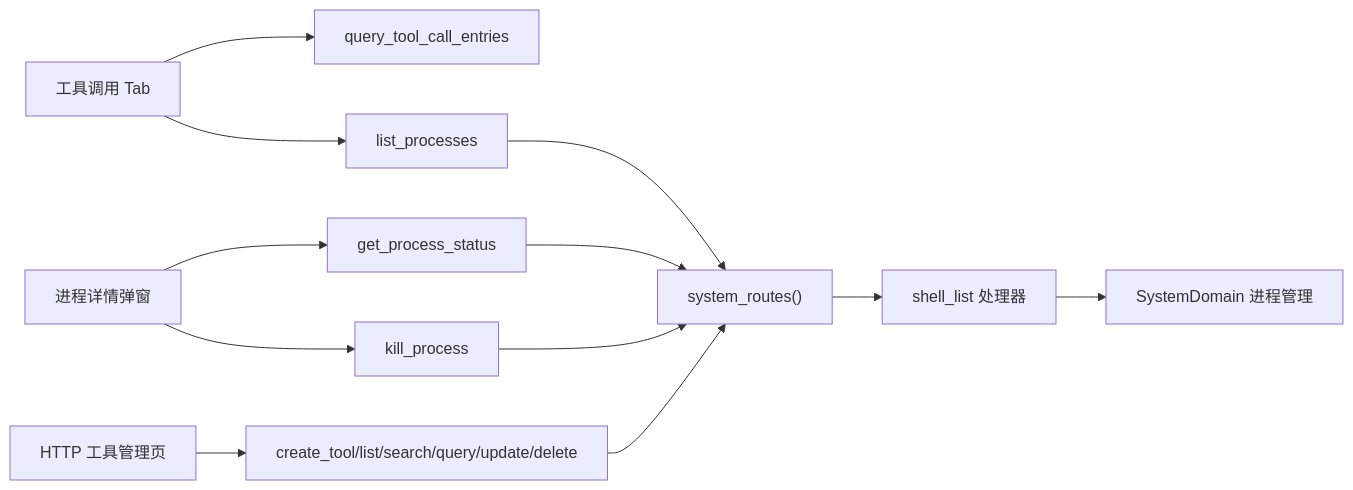
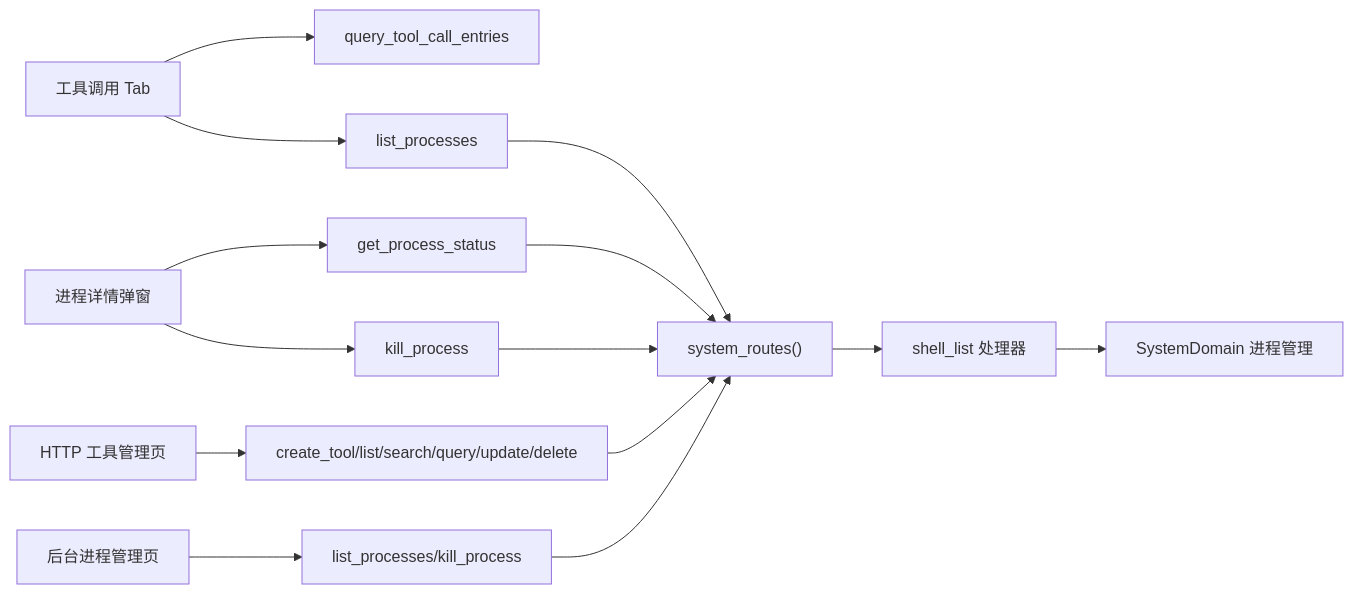
The eighth of 8 diagrams in .qoder/repowiki/zh/content/前端应用/页面模块/消息与工作区页面/聊天侧面板/工具调用标签页.md (runningcoders/ai_orz), drawn with Mermaid before and after one commit. The commit also changed other lines of this file and 142 other files, not shown here.

````diff
--- a/.qoder/repowiki/zh/content/前端应用/页面模块/消息与工作区页面/聊天侧面板/工具调用标签页.md
+++ b/.qoder/repowiki/zh/content/前端应用/页面模块/消息与工作区页面/聊天侧面板/工具调用标签页.md
@@ -279,14 +308,16 @@
 ```mermaid
 graph LR
 FE_TCT["工具调用 Tab"] --> API1["query_tool_call_entries"]
 FE_TCT --> API2["list_processes"]
 FE_PD["进程详情弹窗"] --> API3["get_process_status"]
 FE_PD --> API4["kill_process"]
 FE_FT["HTTP 工具管理页"] --> API5["create_tool/list/search/query/update/delete"]
+FE_SP["后台进程管理页"] --> API6["list_processes/kill_process"]
 API2 --> R["system_routes()"]
 API3 --> R
 API4 --> R
 API5 --> R
+API6 --> R
 R --> HL["shell_list 处理器"]
 HL --> DM["SystemDomain 进程管理"]
 ```
````
